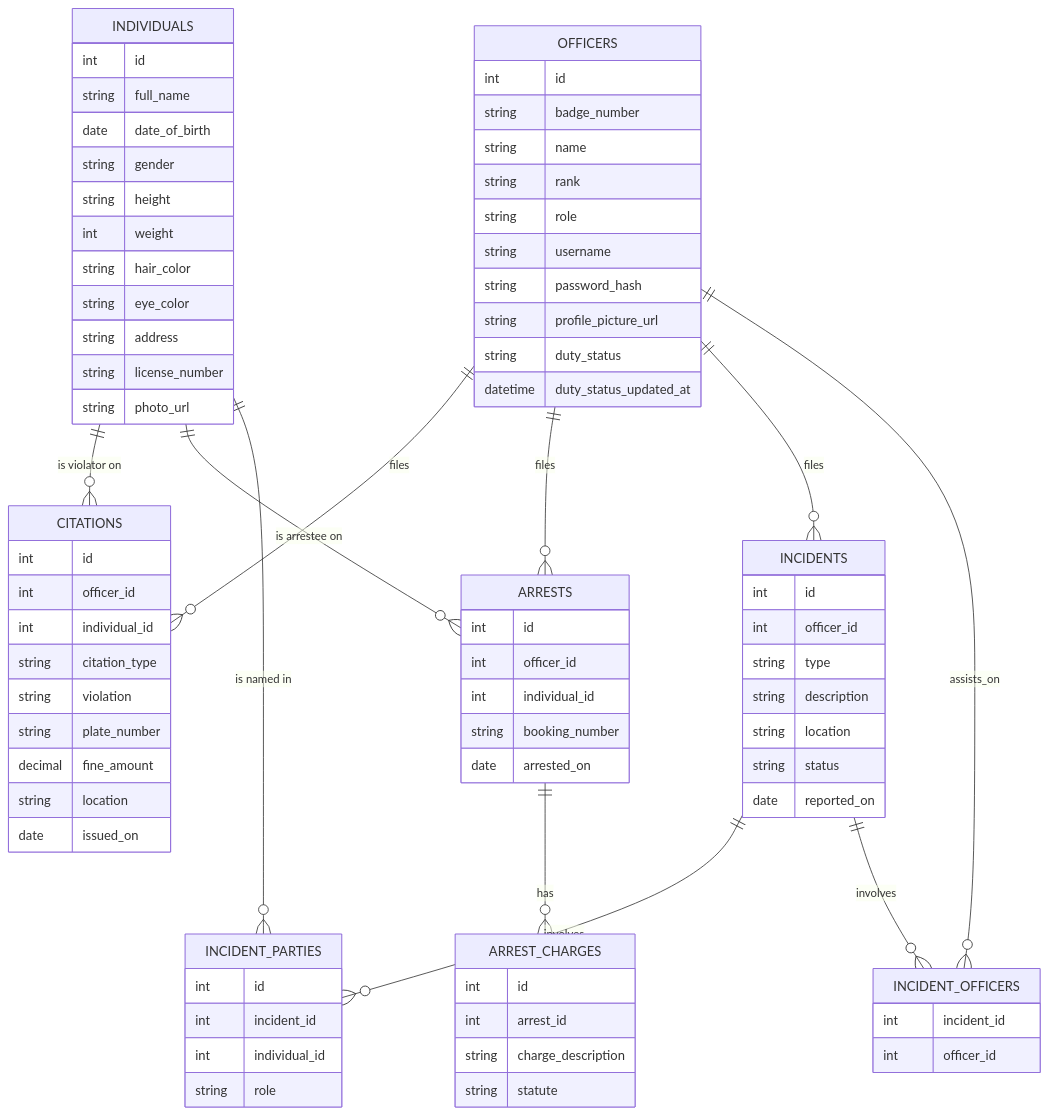
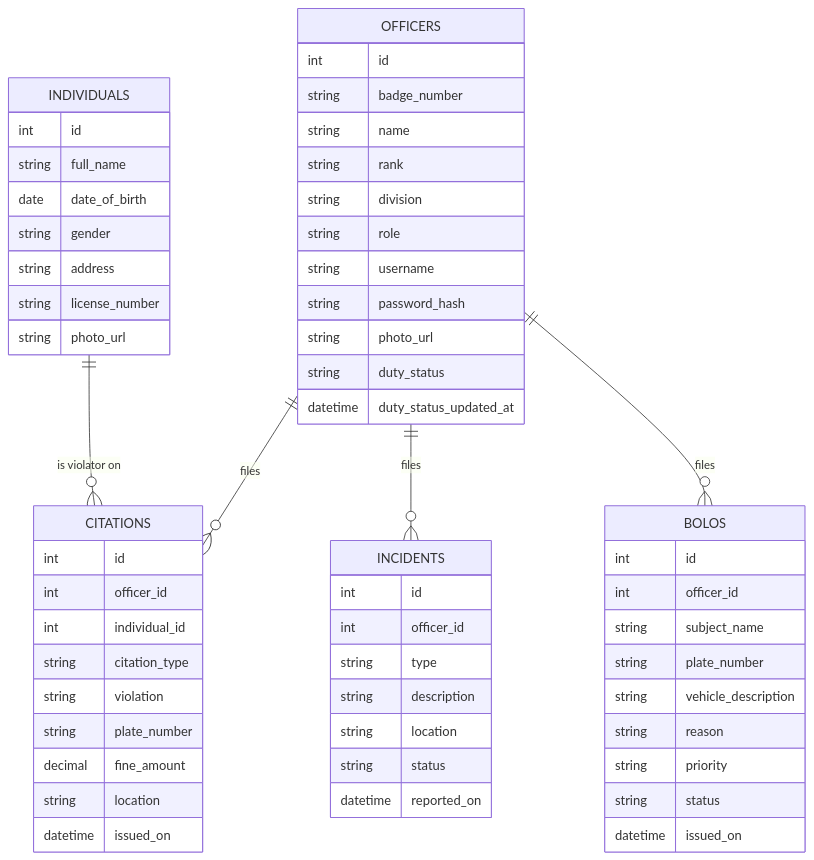
The fourth of 4 diagrams in ARCHITECTURE.md (EgizianoEG/CNC111-Proto-PoliceMDT-Web), drawn with Mermaid before and after one commit. The commit also changed other lines of this file and 3 other files, not shown here.

````diff
--- a/ARCHITECTURE.md
+++ b/ARCHITECTURE.md
@@ -180,82 +159,61 @@
 ```mermaid
 erDiagram
     OFFICERS ||--o{ CITATIONS : files
-    OFFICERS ||--o{ ARRESTS : files
     OFFICERS ||--o{ INCIDENTS : files
-    OFFICERS ||--o{ INCIDENT_OFFICERS : assists_on
+    OFFICERS ||--o{ BOLOS : files
     INDIVIDUALS ||--o{ CITATIONS : "is violator on"
-    INDIVIDUALS ||--o{ ARRESTS : "is arrestee on"
-    INDIVIDUALS ||--o{ INCIDENT_PARTIES : "is named in"
-    ARRESTS ||--o{ ARREST_CHARGES : has
-    INCIDENTS ||--o{ INCIDENT_PARTIES : involves
-    INCIDENTS ||--o{ INCIDENT_OFFICERS : involves
 
     OFFICERS {
         int id
         string badge_number
         string name
         string rank
+        string division
         string role
         string username
         string password_hash
-        string profile_picture_url
+        string photo_url
         string duty_status
         datetime duty_status_updated_at
     }
     INDIVIDUALS {
         int id
         string full_name
         date date_of_birth
         string gender
-        string height
-        int weight
-        string hair_color
-        string eye_color
         string address
         string license_number
         string photo_url
     }
     CITATIONS {
         int id
         int officer_id
         int individual_id
         string citation_type
         string violation
         string plate_number
         decimal fine_amount
         string location
-        date issued_on
-    }
-    ARRESTS {
-        int id
-        int officer_id
-        int individual_id
-        string booking_number
-        date arrested_on
-    }
-    ARREST_CHARGES {
-        int id
-        int arrest_id
-        string charge_description
-        string statute
+        datetime issued_on
     }
     INCIDENTS {
         int id
         int officer_id
         string type
         string description
         string location
         string status
-        date reported_on
+        datetime reported_on
     }
-    INCIDENT_PARTIES {
+    BOLOS {
         int id
-        int incident_id
-        int individual_id
-        string role
-    }
-    INCIDENT_OFFICERS {
-        int incident_id
         int officer_id
+        string subject_name
+        string plate_number
+        string vehicle_description
+        string reason
+        string priority
+        string status
+        datetime issued_on
     }
 ```
````
